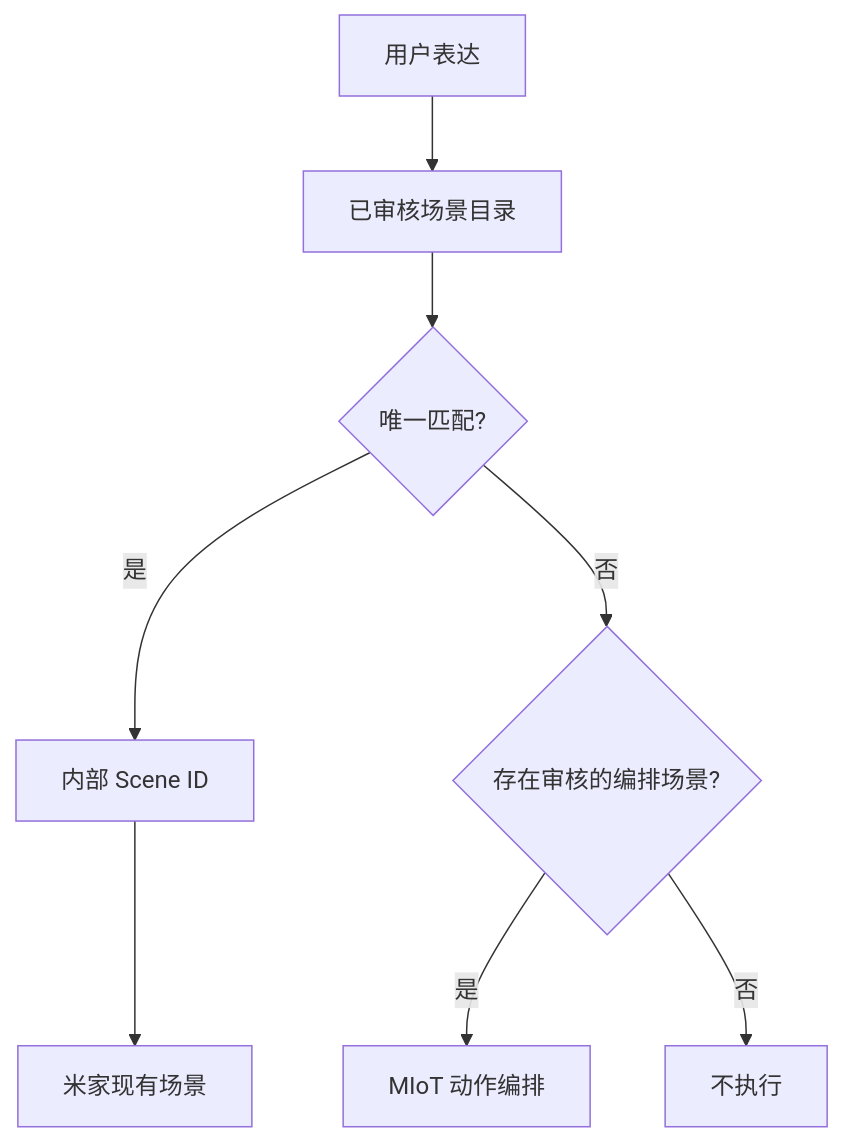
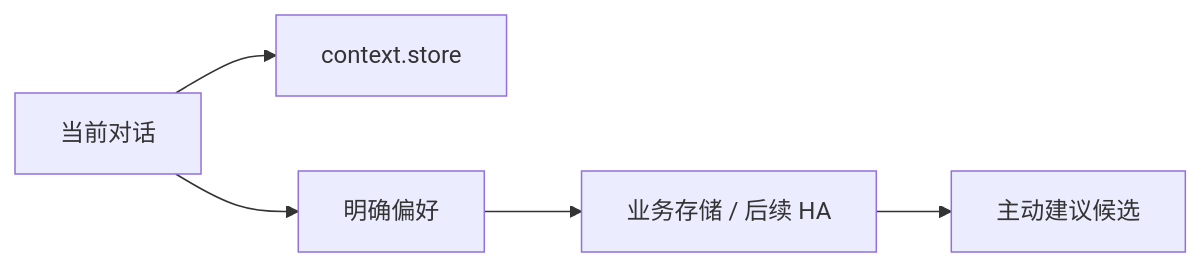
The eighth of 14 diagrams in docs/ai-home-poc-design.md (zhangys10/mijia-web-console), drawn with Mermaid before and after one commit. The commit also changed other lines of this file, not shown here.

````diff
--- a/docs/ai-home-poc-design.md
+++ b/docs/ai-home-poc-design.md
@@ -654,10 +295,7 @@
 ```mermaid
-flowchart TD
-    A["用户表达"] --> B["已审核场景目录"]
-    B --> C{"唯一匹配?"}
-    C -- 是 --> D["内部 Scene ID"]
-    D --> E["米家现有场景"]
-    C -- 否 --> F{"存在审核的编排场景?"}
-    F -- 是 --> G["MIoT 动作编排"]
-    F -- 否 --> H["不执行"]
+flowchart LR
+    A["当前对话"] --> M1["context.store"]
+    A --> M2["明确偏好"]
+    M2 --> B["业务存储 / 后续 HA"]
+    B --> S["主动建议候选"]
 ```
````
